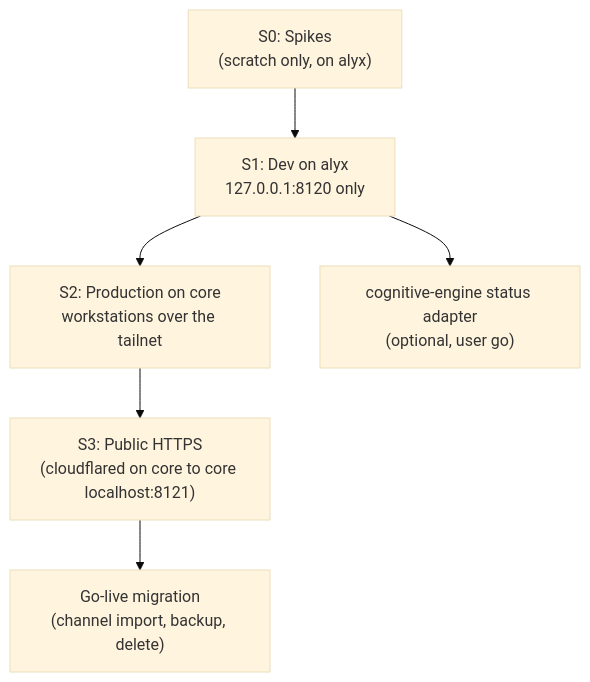
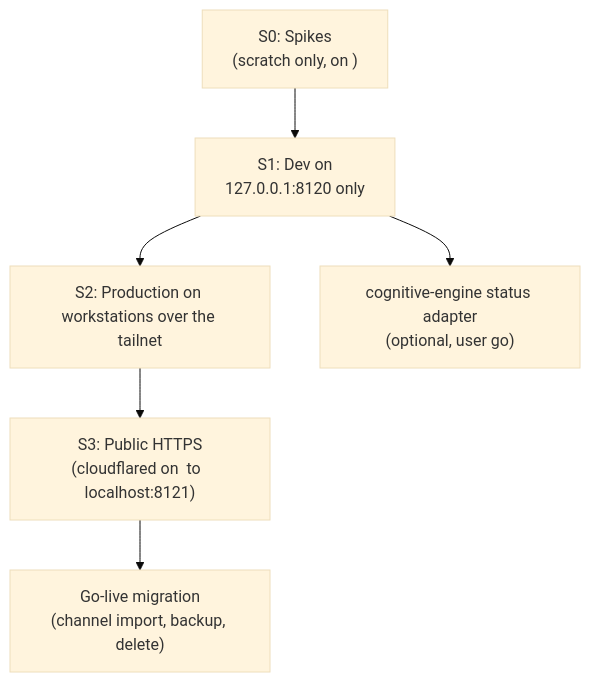
One commit to rockad/agentic-hub changed the second of 2 diagrams in plugins/coordination/docs/plans/consolidated-bridge-v2-plan.md. Above: the diagram before and after it, drawn with Mermaid (base theme). The commit also changed other lines of this file and 56 other files, not shown here.

````diff
--- a/plugins/coordination/docs/plans/consolidated-bridge-v2-plan.md
+++ b/plugins/coordination/docs/plans/consolidated-bridge-v2-plan.md
@@ -209,8 +209,8 @@
 ```mermaid
 flowchart TD
-    S0["S0: Spikes<br/>(scratch only, on alyx)"] --> S1["S1: Dev on alyx<br/>127.0.0.1:8120 only"]
-    S1 --> S2["S2: Production on core<br/>workstations over the tailnet"]
+    S0["S0: Spikes<br/>(scratch only, on <workstation>)"] --> S1["S1: Dev on <workstation><br/>127.0.0.1:8120 only"]
+    S1 --> S2["S2: Production on <storage-host><br/>workstations over the tailnet"]
     S1 --> CEA["cognitive-engine status adapter<br/>(optional, user go)"]
-    S2 --> S3["S3: Public HTTPS<br/>(cloudflared on core to core localhost:8121)"]
+    S2 --> S3["S3: Public HTTPS<br/>(cloudflared on <storage-host> to <storage-host> localhost:8121)"]
     S3 --> GL["Go-live migration<br/>(channel import, backup, delete)"]
 ```
````
